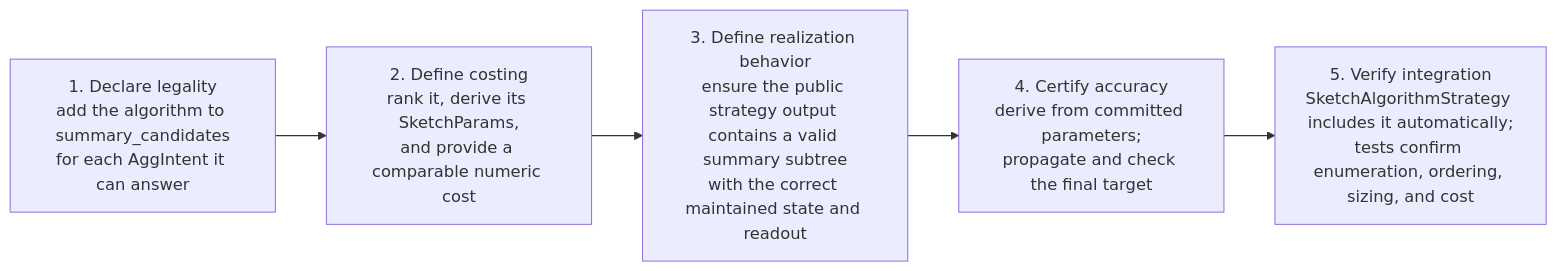
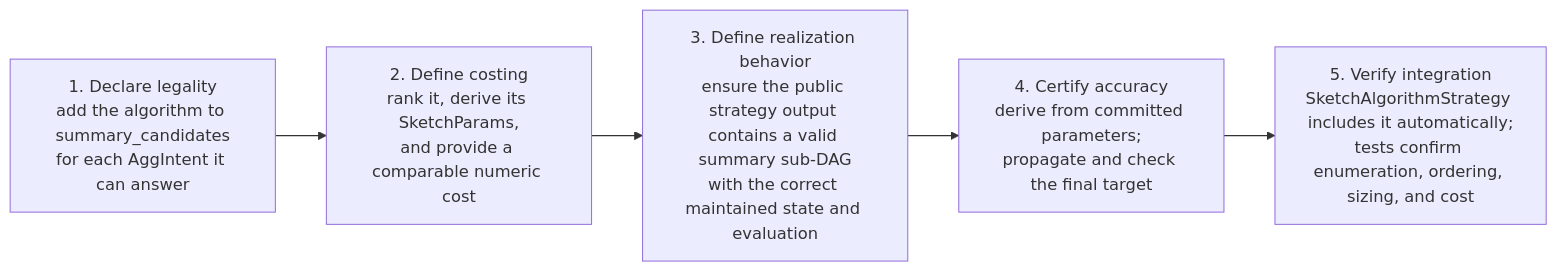
One commit to ProjectASAP/ASAPPlanner changed the fourth of 4 diagrams in docs/develop_docs/extend-asap-aware-mapping.md. Above: the diagram before and after it, drawn with Mermaid. The commit also changed other lines of this file and 148 other files, not shown here.

Commit message:
refactor: clarify workload DAG and summary evaluation contracts

````diff
--- a/docs/develop_docs/extend-asap-aware-mapping.md
+++ b/docs/develop_docs/extend-asap-aware-mapping.md
@@ -775,8 +775,8 @@
 ```mermaid
 flowchart LR
   MAP["1. Declare legality<br/>add the algorithm to summary_candidates<br/>for each AggIntent it can answer"]
   MAP --> MODEL["2. Define costing<br/>rank it, derive its SketchParams,<br/>and provide a comparable numeric cost"]
-  MODEL --> BUILD["3. Define realization behavior<br/>ensure the public strategy output contains a valid summary subtree<br/>with the correct maintained state and readout"]
+  MODEL --> BUILD["3. Define realization behavior<br/>ensure the public strategy output contains a valid summary sub-DAG<br/>with the correct maintained state and evaluation"]
   BUILD --> ACC["4. Certify accuracy<br/>derive from committed parameters;<br/>propagate and check the final target"]
   ACC --> ENUM["5. Verify integration<br/>SketchAlgorithmStrategy includes it automatically;<br/>tests confirm enumeration, ordering, sizing, and cost"]
 ```
````
